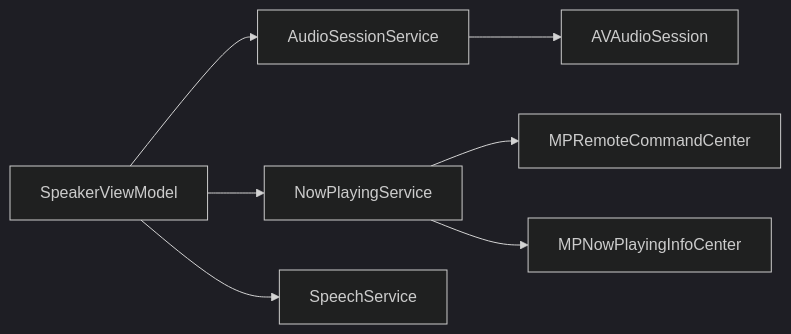
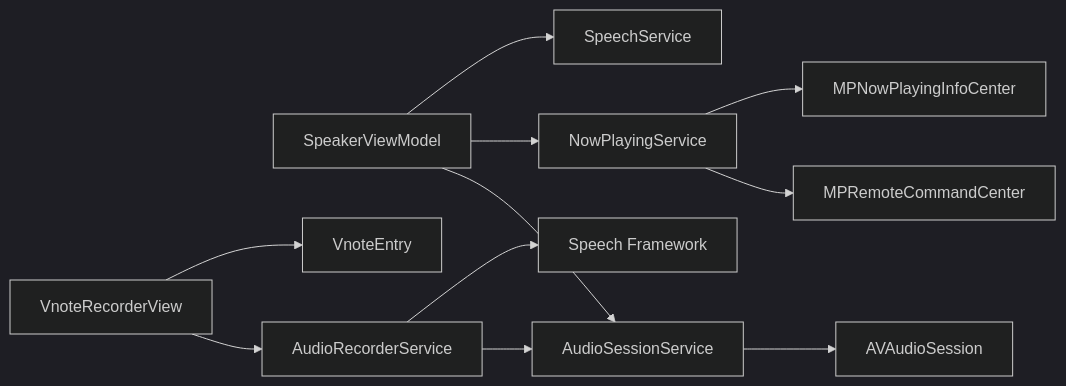
Diagram 12 of 12 in .qoder/repowiki/zh/content/系统集成/音频会话管理.md (Primoguo/Knowledge), drawn with Mermaid (dark theme) before and after one commit. The commit also changed other lines of this file and 18 other files, not shown here.

````diff
--- a/.qoder/repowiki/zh/content/系统集成/音频会话管理.md
+++ b/.qoder/repowiki/zh/content/系统集成/音频会话管理.md
@@ -328,9 +518,13 @@
 ```mermaid
 graph LR
 VM["SpeakerViewModel"] --> AS["AudioSessionService"]
 VM --> NP["NowPlayingService"]
 VM --> SP["SpeechService"]
+VR["VnoteRecorderView"] --> AR["AudioRecorderService"]
+AR --> AS
 AS --> AVS["AVAudioSession"]
 NP --> MPC["MPRemoteCommandCenter"]
 NP --> MPI["MPNowPlayingInfoCenter"]
+AR --> Speech["Speech Framework"]
+VR --> VnoteEntry["VnoteEntry"]
 ```
````
